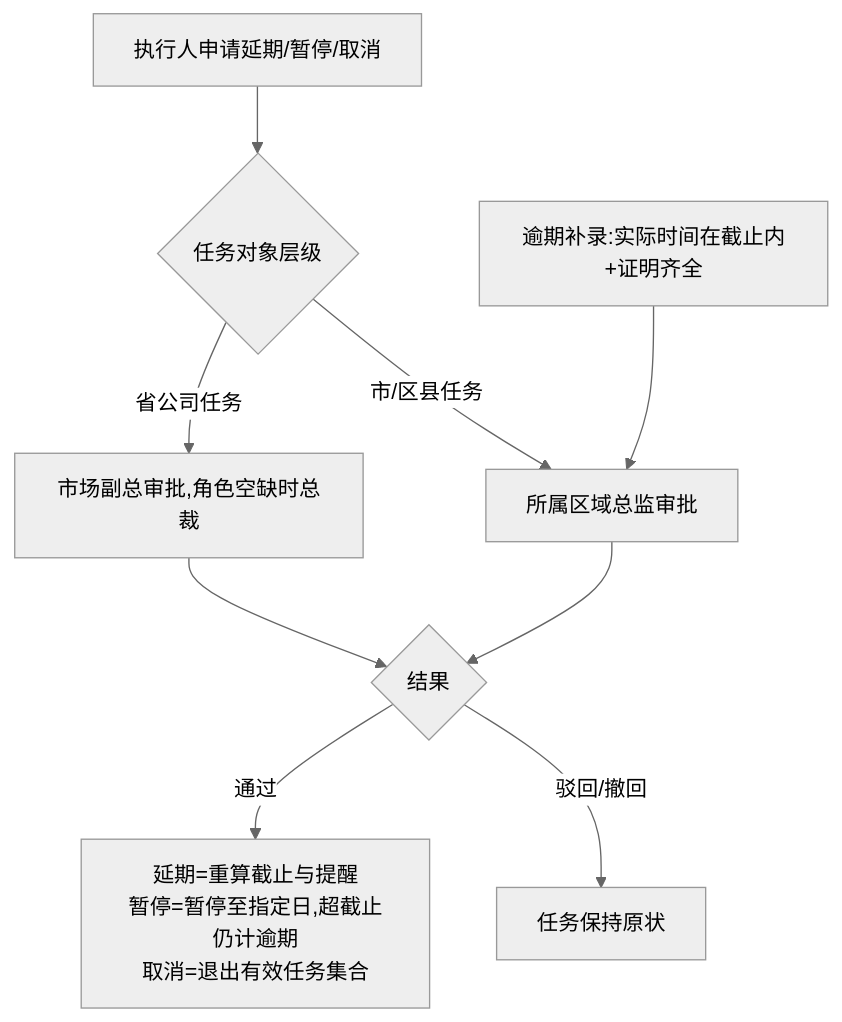
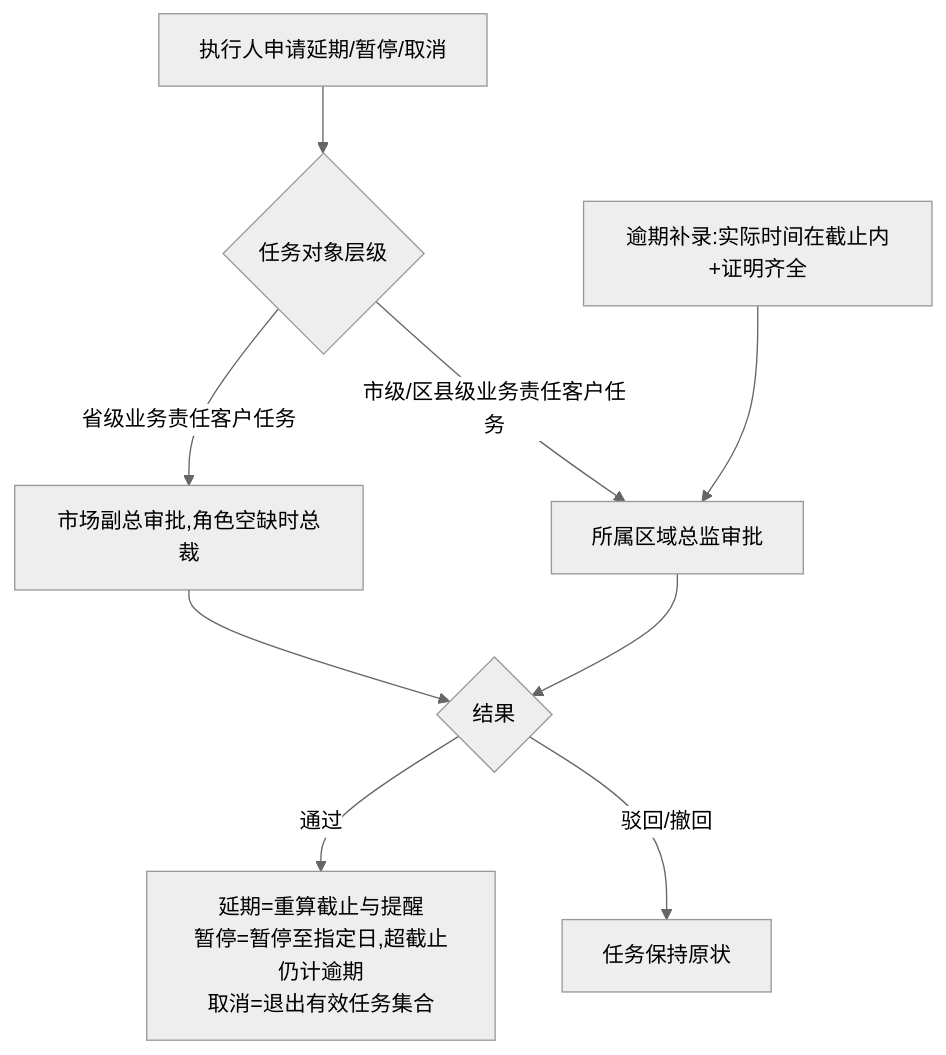
Before and after one commit to Joker-1030/Yingjia-Internal-Management-System: the diagram in prd-workspace/current/user-flows/FLOW-12-M03-task-exception-approval.md, drawn with Mermaid (neutral theme). The commit also changed other lines of this file and 117 other files, not shown here.

````diff
--- a/prd-workspace/current/user-flows/FLOW-12-M03-task-exception-approval.md
+++ b/prd-workspace/current/user-flows/FLOW-12-M03-task-exception-approval.md
@@ -8,11 +8,11 @@
 ```mermaid
 flowchart TD
     A[执行人申请延期/暂停/取消] --> B{任务对象层级}
-    B -- 市/区县任务 --> C[所属区域总监审批]
-    B -- 省公司任务 --> D[市场副总审批,角色空缺时总裁]
+    B -- 市级/区县级业务责任客户任务 --> C[所属区域总监审批]
+    B -- 省级业务责任客户任务 --> D[市场副总审批,角色空缺时总裁]
     C --> E{结果}
     D --> E
     E -- 驳回/撤回 --> F[任务保持原状]
     E -- 通过 --> G[延期=重算截止与提醒<br/>暂停=暂停至指定日,超截止仍计逾期<br/>取消=退出有效任务集合]
     H[逾期补录:实际时间在截止内+证明齐全] --> C
 ```
````
